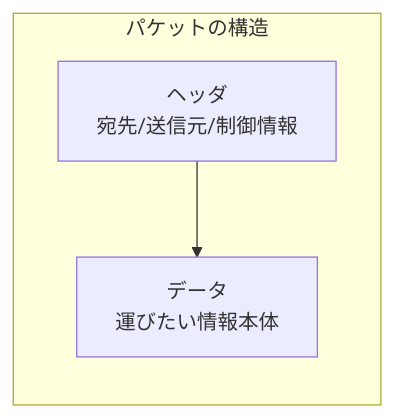
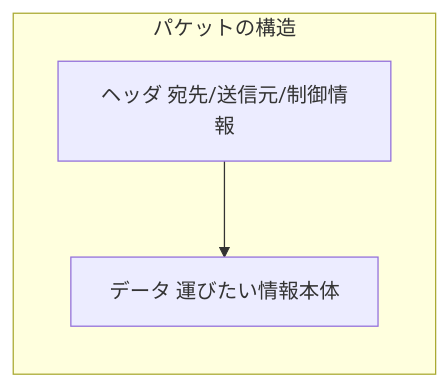
Before and after one commit to x86-unix/docs: the sixth of 21 diagrams in training/basics.md, drawn with Mermaid. The commit also changed other lines of this file, not shown here.

````diff
--- a/training/basics.md
+++ b/training/basics.md
@@ -849,6 +280,6 @@
 ```mermaid
 graph LR
-    subgraph パケットの構造
-        Header[ヘッダ<br/>宛先/送信元/制御情報] --> Data[データ<br/>運びたい情報本体]
+    subgraph "パケットの構造"
+        Header["ヘッダ 宛先/送信元/制御情報"] --> Data["データ 運びたい情報本体"]
     end
 ```
````
